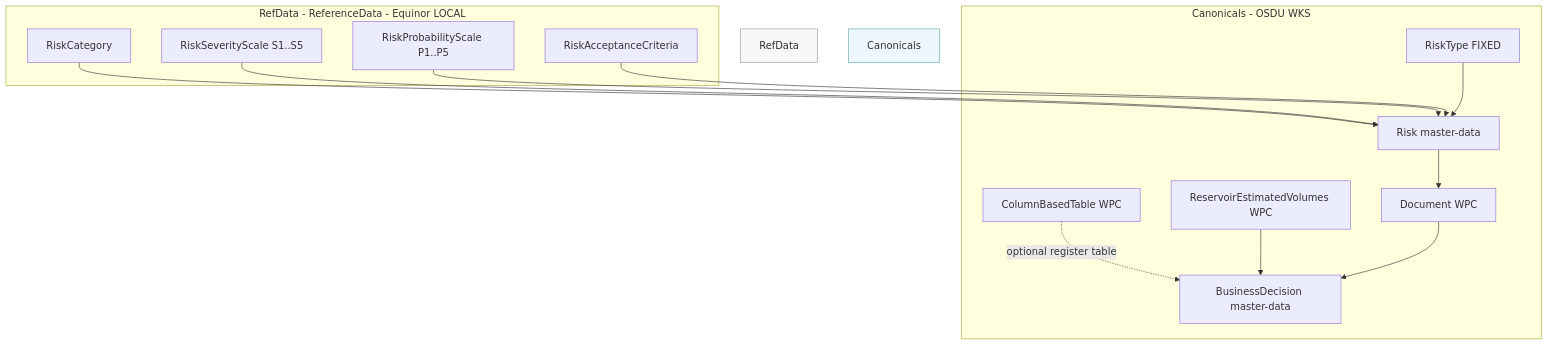
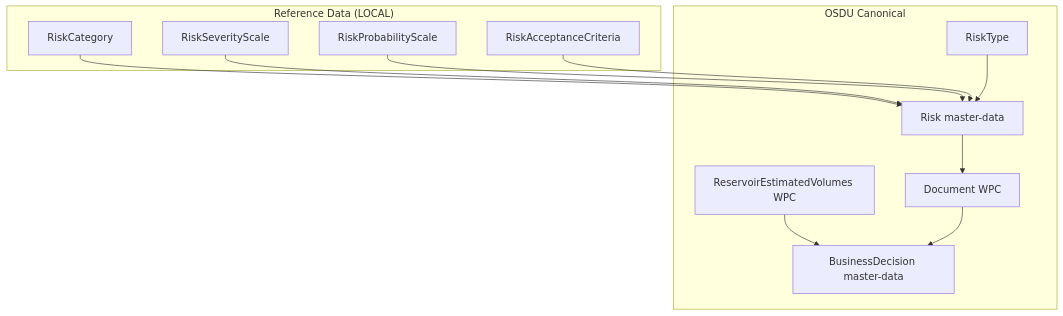
Before and after one commit to marcusapel/ores: the first of 2 diagrams in md/Risk.md, drawn with Mermaid. The commit also changed other lines of this file and 7 other files, not shown here.

````diff
--- a/md/Risk.md
+++ b/md/Risk.md
@@ -25,32 +20,26 @@
 ```mermaid
 graph TD
-  subgraph RefData - ReferenceData - Equinor LOCAL
+  subgraph RefData["Reference Data (LOCAL)"]
     RC[RiskCategory]
-    RS[RiskSeverityScale S1..S5]
-    RP[RiskProbabilityScale P1..P5]
+    RS[RiskSeverityScale]
+    RP[RiskProbabilityScale]
     RAC[RiskAcceptanceCriteria]
   end
 
-  subgraph Canonicals - OSDU WKS
-    RT[RiskType FIXED]
+  subgraph Canonicals["OSDU Canonical"]
+    RT[RiskType]
     RISK[Risk master-data]
     DOC[Document WPC]
-    CBT[ColumnBasedTable WPC]
     REV[ReservoirEstimatedVolumes WPC]
     BD[BusinessDecision master-data]
   end
 
   RC --> RISK
   RS --> RISK
   RP --> RISK
   RAC --> RISK
   RT --> RISK
-
   RISK --> DOC
-  CBT -. optional register table .-> BD
   REV --> BD
   DOC --> BD
-
-  style RefData fill:#f7f7f7,stroke:#999,stroke-width:1px
-  style Canonicals fill:#eef6ff,stroke:#6aa,stroke-width:1px
 ```
````
